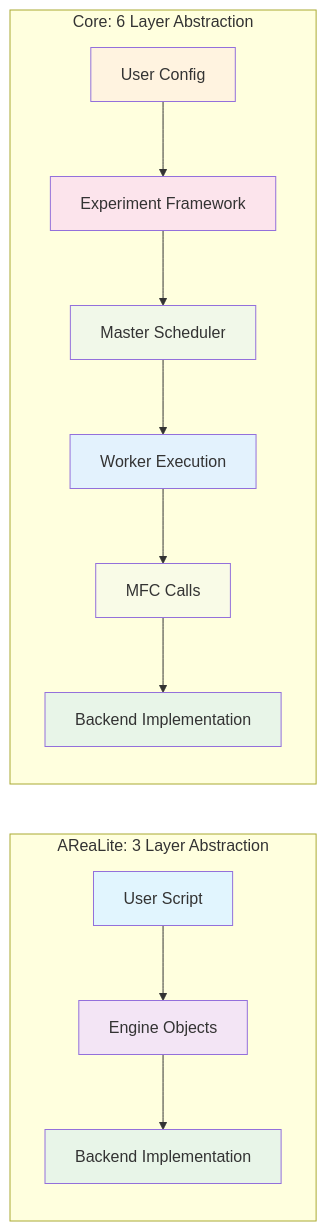
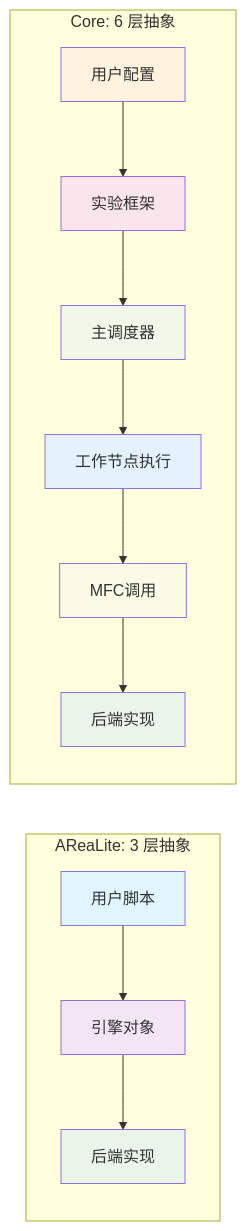
The third of 11 diagrams in docs/architecture/architecture_diagrams.md (zhshgmail/AReaL), drawn with Mermaid before and after one commit. The commit also changed other lines of this file and 4 other files, not shown here.

Commit message:
update archtecrture diagram

````diff
--- a/docs/architecture/architecture_diagrams.md
+++ b/docs/architecture/architecture_diagrams.md
@@ -45,22 +136,22 @@
 ```mermaid
 graph LR
-    subgraph "AReaLite: 3 Layer Abstraction"
-        AL1[User Script] --> AL2[Engine Objects] --> AL3[Backend Implementation]
+    subgraph "AReaLite: 3 层抽象"
+        AL1[用户脚本] --> AL2[引擎对象] --> AL3[后端实现]
     end
     
-    subgraph "Core: 6 Layer Abstraction"
-        CL1[User Config] --> CL2[Experiment Framework] --> CL3[Master Scheduler]
-        CL3 --> CL4[Worker Execution] --> CL5[MFC Calls] --> CL6[Backend Implementation]
+    subgraph "Core: 6 层抽象"
+        CL1[用户配置] --> CL2[实验框架] --> CL3[主调度器]
+        CL3 --> CL4[工作节点执行] --> CL5[MFC调用] --> CL6[后端实现]
     end
     
     style AL1 fill:#e1f5fe
     style AL2 fill:#f3e5f5
     style AL3 fill:#e8f5e8
     
     style CL1 fill:#fff3e0
     style CL2 fill:#fce4ec
     style CL3 fill:#f1f8e9
     style CL4 fill:#e3f2fd
     style CL5 fill:#f9fbe7
     style CL6 fill:#e8f5e8
 ```
````
